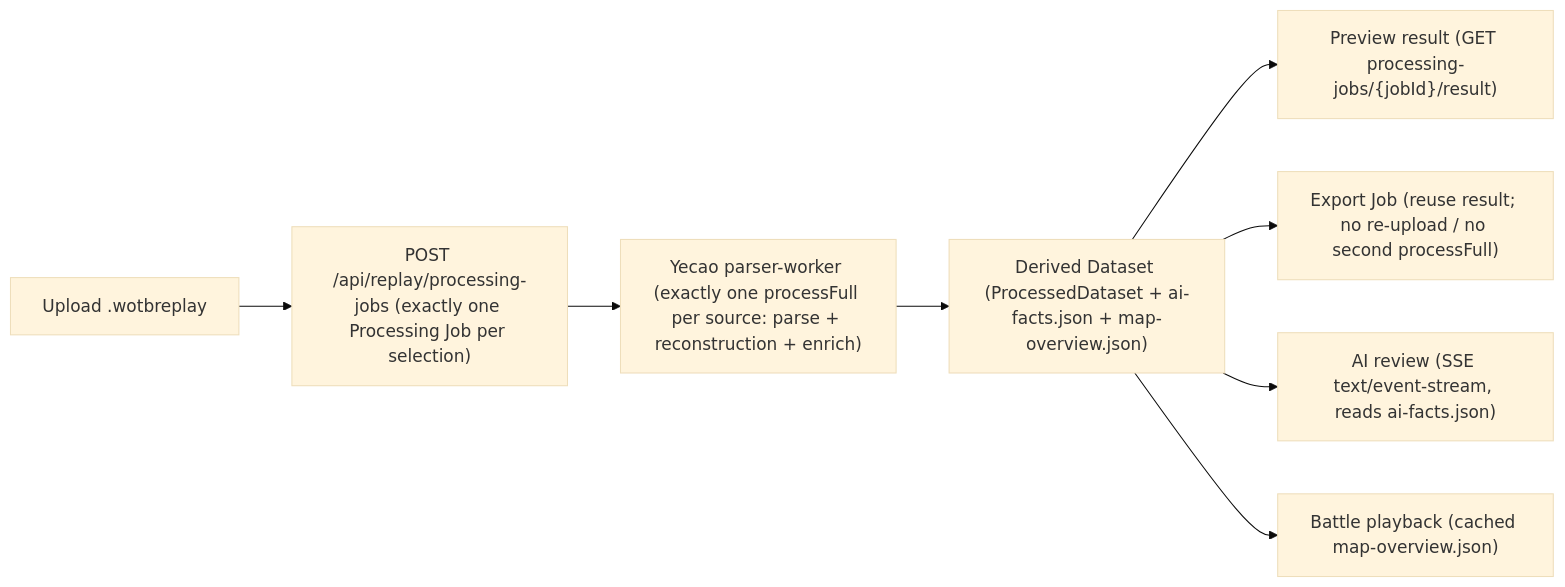
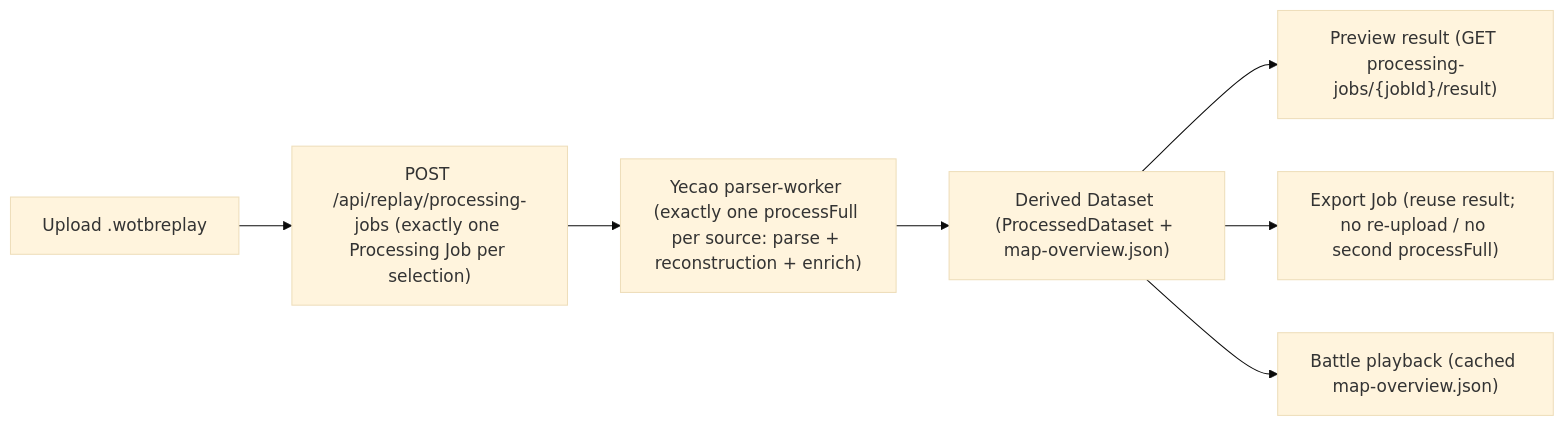
The diagram in README.en-US.md (A158Coke/WotbTools), drawn with Mermaid (base theme) before and after one commit. The commit also changed other lines of this file and 13 other files, not shown here.

````diff
--- a/README.en-US.md
+++ b/README.en-US.md
@@ -17,10 +17,9 @@
 ```mermaid
 flowchart LR
     A["Upload .wotbreplay"] --> B["POST /api/replay/processing-jobs (exactly one Processing Job per selection)"]
     B --> C["Yecao parser-worker (exactly one processFull per source: parse + reconstruction + enrich)"]
-    C --> D["Derived Dataset (ProcessedDataset + ai-facts.json + map-overview.json)"]
+    C --> D["Derived Dataset (ProcessedDataset + map-overview.json)"]
     D --> E["Preview result (GET processing-jobs/{jobId}/result)"]
     D --> F["Export Job (reuse result; no re-upload / no second processFull)"]
-    D --> G["AI review (SSE text/event-stream, reads ai-facts.json)"]
     D --> H["Battle playback (cached map-overview.json)"]
 ```
````
